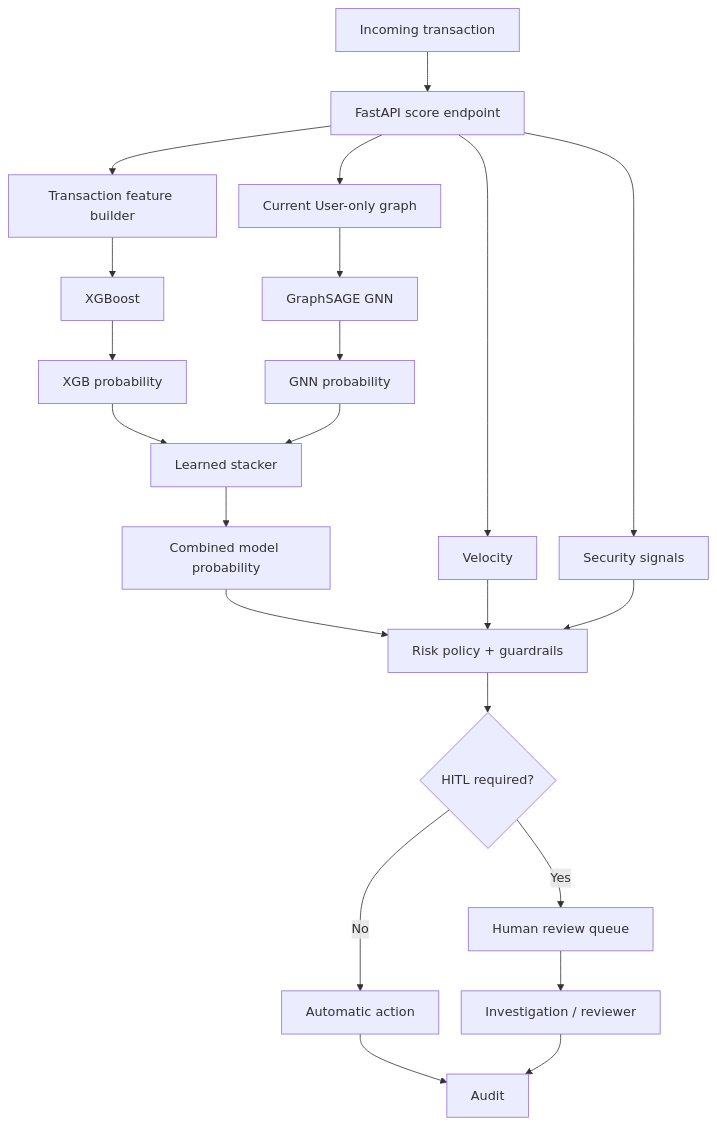
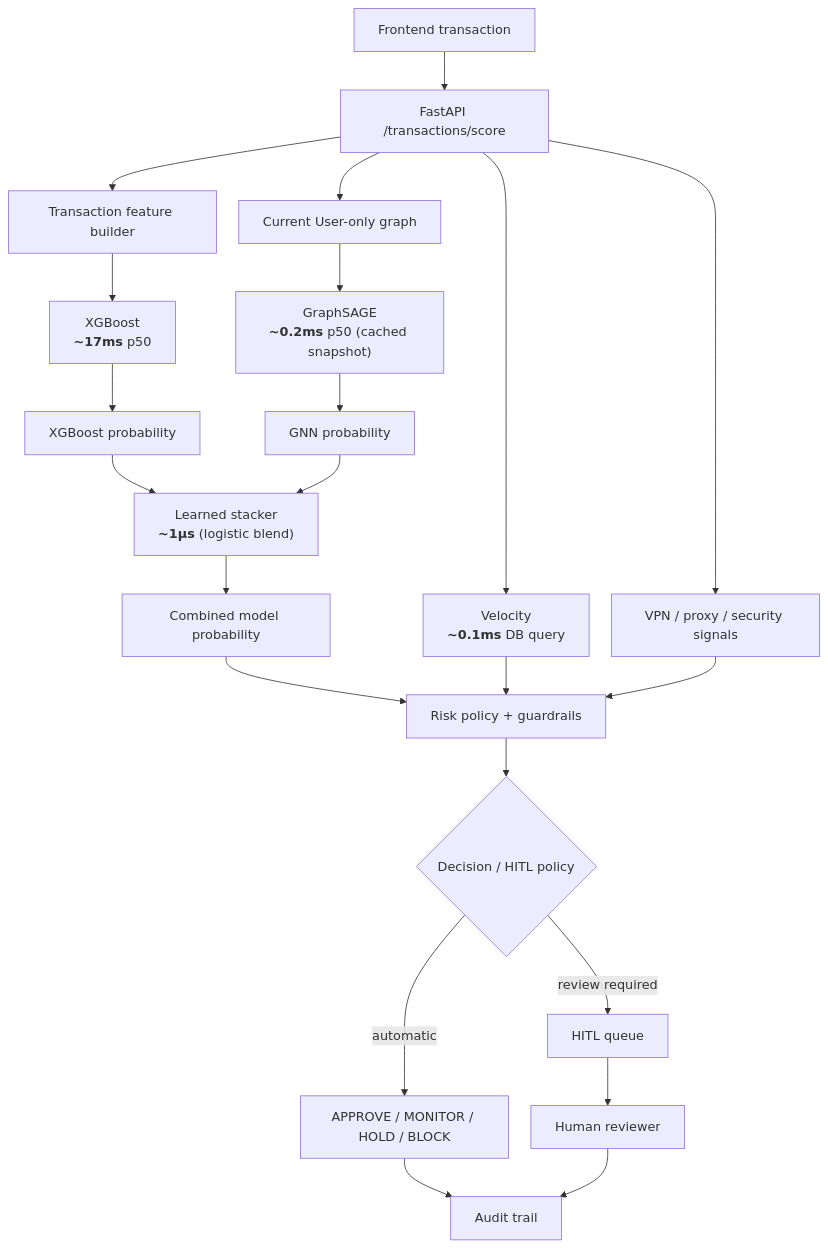
The diagram in docs/diagrams/live-inference.mmd (Dikshu015/RazorRisk-Agentic-AI-Payment-Fraud-Risk-Investigation-Platform), drawn with Mermaid before and after one commit. The commit also changed other lines of this file and 7 other files, not shown here.

```diff
--- a/docs/diagrams/live-inference.mmd
+++ b/docs/diagrams/live-inference.mmd
@@ -1,23 +1,23 @@
-%%{init: {'flowchart': {'nodeSpacing': 28, 'rankSpacing': 50}}}%%
+%%{init: {'flowchart': {'nodeSpacing': 28, 'rankSpacing': 48}}}%%
 flowchart TB
-    TX[Incoming transaction] --> API[FastAPI score endpoint]
-    API --> TF[Transaction feature builder]
-    API --> UG[Current User-only graph]
-    TF --> X[XGBoost]
-    UG --> G[GraphSAGE GNN]
-    X --> XP[XGB probability]
-    G --> GP[GNN probability]
-    XP --> ST[Learned stacker]
-    GP --> ST
-    ST --> R[Combined model probability]
-    API --> V[Velocity] 
-    API --> S[Security signals]
-    R --> P[Risk policy + guardrails]
-    V --> P
-    S --> P
-    P --> H{HITL required?}
-    H -->|Yes| Q[Human review queue]
-    H -->|No| A[Automatic action]
-    Q --> I[Investigation / reviewer]
-    A --> AU[Audit]
-    I --> AU
+    TX[Frontend transaction] --> API[FastAPI /transactions/score]
+    API --> TABF[Transaction feature builder]
+    API --> GRAPHF[Current User-only graph]
+    TABF --> XGB["XGBoost<br/><b>~17ms</b> p50"]
+    GRAPHF --> GNN["GraphSAGE<br/><b>~0.2ms</b> p50 (cached snapshot)"]
+    XGB --> XS[XGBoost probability]
+    GNN --> GS[GNN probability]
+    XS --> STACK["Learned stacker<br/><b>~1µs</b> (logistic blend)"]
+    GS --> STACK
+    STACK --> CAL[Combined model probability]
+    API --> VEL["Velocity<br/><b>~0.1ms</b> DB query"]
+    API --> SEC[VPN / proxy / security signals]
+    CAL --> POL[Risk policy + guardrails]
+    VEL --> POL
+    SEC --> POL
+    POL --> DEC{Decision / HITL policy}
+    DEC -->|automatic| OUT[APPROVE / MONITOR / HOLD / BLOCK]
+    DEC -->|review required| HITL[HITL queue]
+    HITL --> REV[Human reviewer]
+    OUT --> AUD[Audit trail]
+    REV --> AUD
```
